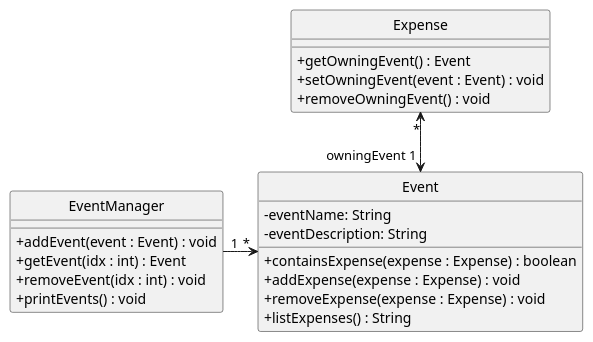
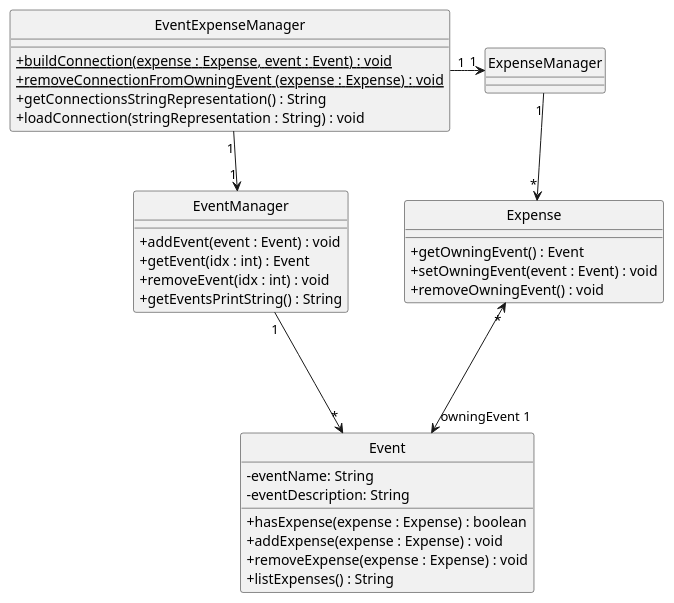
The diagram in docs/team/UML_Files/Event_class.puml (JianJiaT/tp), drawn with PlantUML before and after one commit. The commit also changed 2 other files, not shown here.

Commit message:
Add explanations for EventExpenseManager

```diff
--- a/docs/team/UML_Files/Event_class.puml
+++ b/docs/team/UML_Files/Event_class.puml
@@ -1,31 +1,45 @@
 @startuml
 skinparam classAttributeIconSize 0
 hide circle
 skinparam classAttributeIconSize 0
 
 class Event {
     - eventName: String
     - eventDescription: String
-    + containsExpense(expense : Expense) : boolean
+    + hasExpense(expense : Expense) : boolean
     + addExpense(expense : Expense) : void
     + removeExpense(expense : Expense) : void
     + listExpenses() : String
 }
 
 class EventManager {
     + addEvent(event : Event) : void
     + getEvent(idx : int) : Event
     + removeEvent(idx : int) : void
-    + printEvents() : void
+    + getEventsPrintString() : String
+}
+
+class ExpenseManager {
 }
 
 class Expense {
     + getOwningEvent() : Event
     + setOwningEvent(event : Event) : void
     + removeOwningEvent() : void
 }
 
-Expense "*" <--> "owningEvent 1" Event
-EventManager "1" -> "*"Event
+class EventExpenseManager {
+    + {static} buildConnection(expense : Expense, event : Event) : void
+    + {static} removeConnectionFromOwningEvent (expense : Expense) : void
+    + getConnectionsStringRepresentation() : String
+    + loadConnection(stringRepresentation : String) : void
+}
+
+Expense "*" <---> "owningEvent 1" Event
+EventManager "1" ---> "*"Event
+ExpenseManager "1" --> "*"Expense
+
+EventExpenseManager "1" --> "1"EventManager
+EventExpenseManager "1"-> "1"ExpenseManager
 
 @enduml
```
